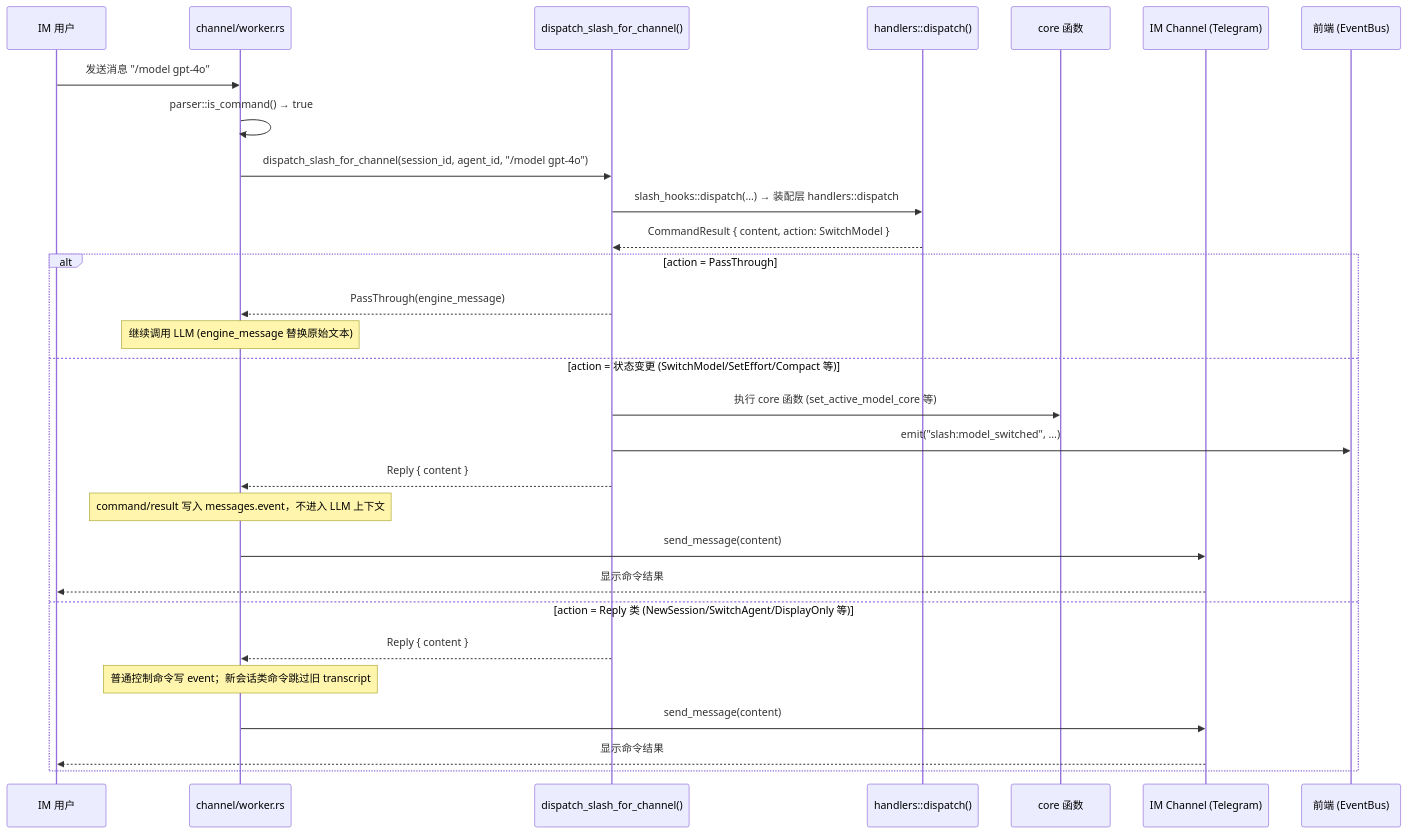
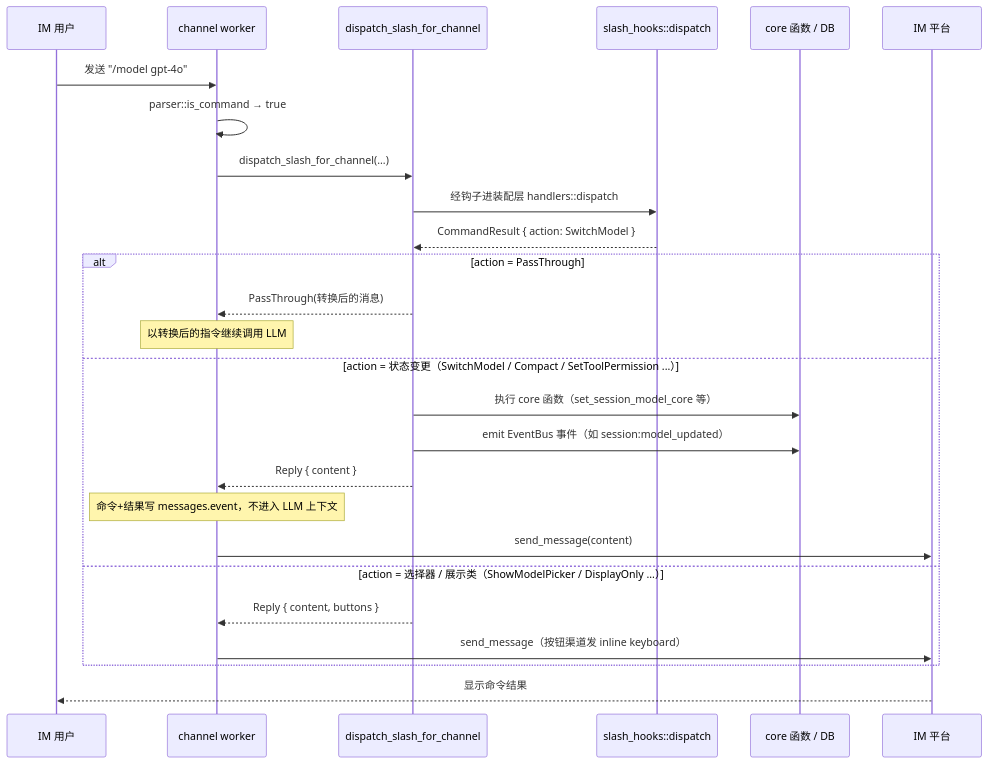
The third of 4 diagrams in docs/architecture/slash-commands.md (shiwenwen/hope-agent), drawn with Mermaid before and after one commit. The commit also changed other lines of this file and 11 other files, not shown here.

````diff
--- a/docs/architecture/slash-commands.md
+++ b/docs/architecture/slash-commands.md
@@ -87,32 +102,29 @@
 ```mermaid
 sequenceDiagram
     participant U as IM 用户
-    participant W as channel/worker.rs
-    participant SC as dispatch_slash_for_channel()
-    participant D as handlers::dispatch()
-    participant Core as core 函数
-    participant CH as IM Channel (Telegram)
-    participant FE as 前端 (EventBus)
+    participant W as channel worker
+    participant SC as dispatch_slash_for_channel
+    participant DH as slash_hooks::dispatch
+    participant Core as core 函数 / DB
+    participant CH as IM 平台
 
-    U->>W: 发送消息 "/model gpt-4o"
-    W->>W: parser::is_command() → true
-    W->>SC: dispatch_slash_for_channel(session_id, agent_id, "/model gpt-4o")
-    SC->>D: slash_hooks::dispatch(...) → 装配层 handlers::dispatch
-    D-->>SC: CommandResult { content, action: SwitchModel }
+    U->>W: 发送 "/model gpt-4o"
+    W->>W: parser::is_command → true
+    W->>SC: dispatch_slash_for_channel(...)
+    SC->>DH: 经钩子进装配层 handlers::dispatch
+    DH-->>SC: CommandResult { action: SwitchModel }
     alt action = PassThrough
-        SC-->>W: PassThrough(engine_message)
-        Note over W: 继续调用 LLM (engine_message 替换原始文本)
-    else action = 状态变更 (SwitchModel/SetEffort/Compact 等)
-        SC->>Core: 执行 core 函数 (set_active_model_core 等)
-        SC->>FE: emit("slash:model_switched", ...)
+        SC-->>W: PassThrough(转换后的消息)
+        Note over W: 以转换后的指令继续调用 LLM
+    else action = 状态变更（SwitchModel / Compact / SetToolPermission ...）
+        SC->>Core: 执行 core 函数（set_session_model_core 等）
+        SC->>Core: emit EventBus 事件（如 session:model_updated）
         SC-->>W: Reply { content }
-        Note over W: command/result 写入 messages.event，不进入 LLM 上下文
+        Note over W: 命令+结果写 messages.event，不进入 LLM 上下文
         W->>CH: send_message(content)
-        CH-->>U: 显示命令结果
-    else action = Reply 类 (NewSession/SwitchAgent/DisplayOnly 等)
-        SC-->>W: Reply { content }
-        Note over W: 普通控制命令写 event；新会话类命令跳过旧 transcript
-        W->>CH: send_message(content)
-        CH-->>U: 显示命令结果
+    else action = 选择器 / 展示类（ShowModelPicker / DisplayOnly ...）
+        SC-->>W: Reply { content, buttons }
+        W->>CH: send_message（按钮渠道发 inline keyboard）
     end
+    CH-->>U: 显示命令结果
 ```
````
